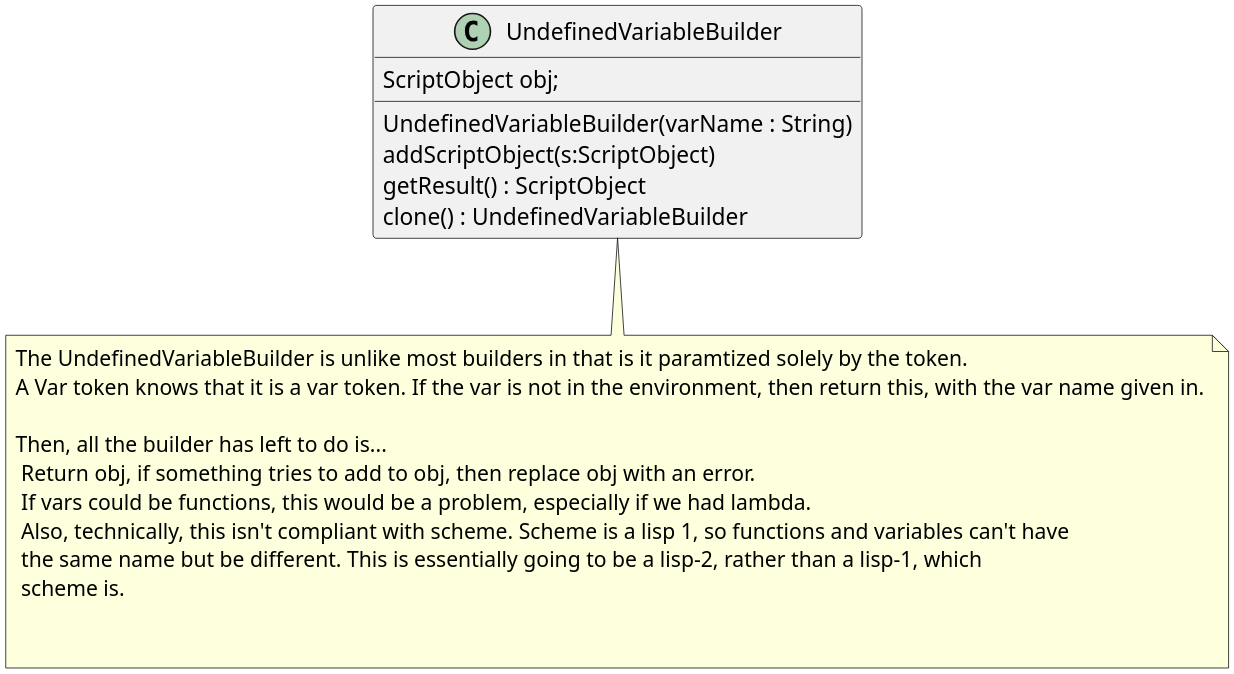
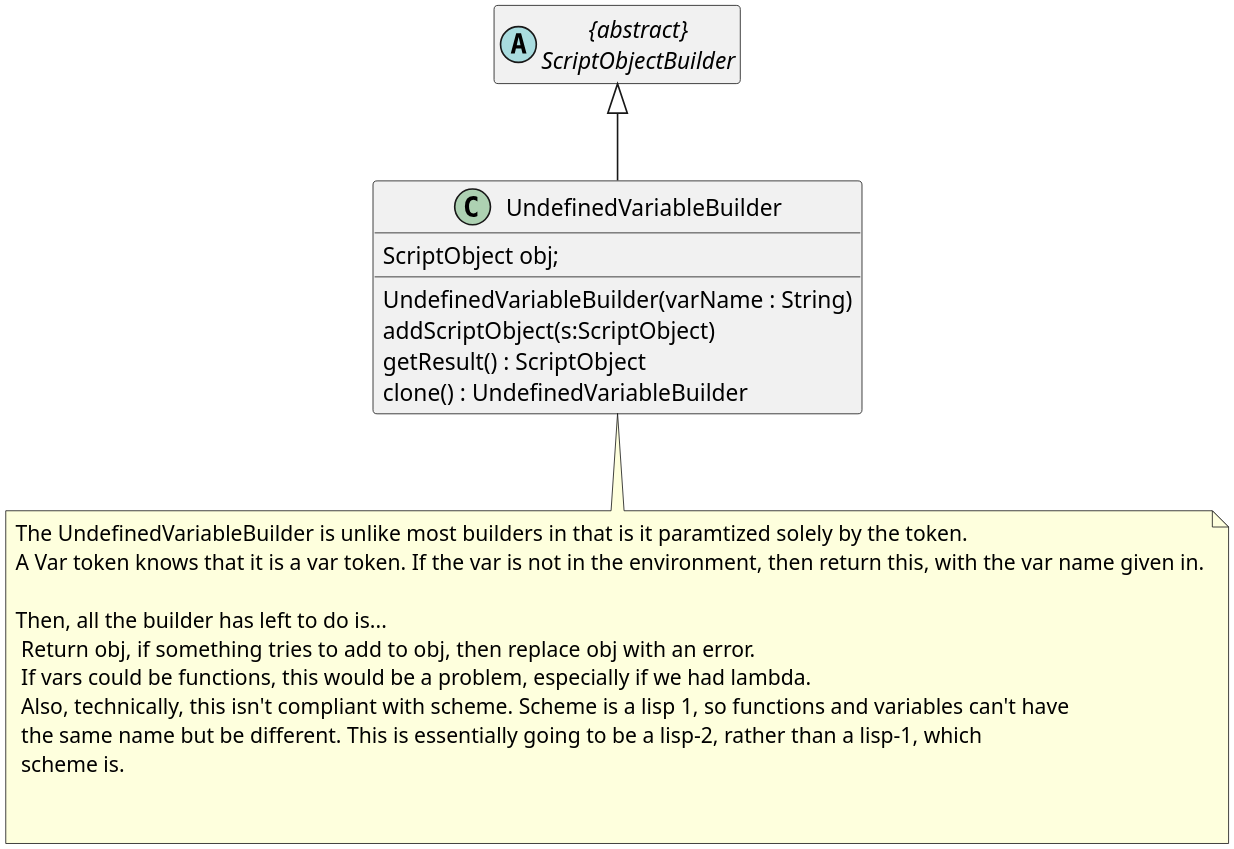
Before and after one commit to MatthewBregg/DesignPatternsRepo: the diagram in Builder/UndefinedVariableBuilder.org, drawn with PlantUML. The commit also changed 51 other files, not shown here.

Commit message:
Made all builder sub umls show the inheritence from ScriptObjectBuilder

```diff
--- a/Builder/UndefinedVariableBuilder.org
+++ b/Builder/UndefinedVariableBuilder.org
@@ -1,24 +1,30 @@
 #+BEGIN_SRC plantuml :file UndefinedVariableBuilder.png
 skinparam dpi 300
+
+abstract class ScriptObjectBuilder as "{abstract}\nScriptObjectBuilder"
+hide ScriptObjectBuilder methods
+hide ScriptObjectBuilder members
 
 class UndefinedVariableBuilder
 UndefinedVariableBuilder : ScriptObject obj;
 UndefinedVariableBuilder : UndefinedVariableBuilder(varName : String)
 UndefinedVariableBuilder : addScriptObject(s:ScriptObject)
 UndefinedVariableBuilder : getResult() : ScriptObject
 UndefinedVariableBuilder : clone() : UndefinedVariableBuilder
 
 note bottom of UndefinedVariableBuilder
  The UndefinedVariableBuilder is unlike most builders in that is it paramtized solely by the token.  
  A Var token knows that it is a var token. If the var is not in the environment, then return this, with the var name given in.
 
  Then, all the builder has left to do is...
   Return obj, if something tries to add to obj, then replace obj with an error. 
   If vars could be functions, this would be a problem, especially if we had lambda.
   Also, technically, this isn't compliant with scheme. Scheme is a lisp 1, so functions and variables can't have
   the same name but be different. This is essentially going to be a lisp-2, rather than a lisp-1, which
   scheme is.
   
 
 end note
+
+ScriptObjectBuilder <|-- UndefinedVariableBuilder
 #+END_SRC
```
